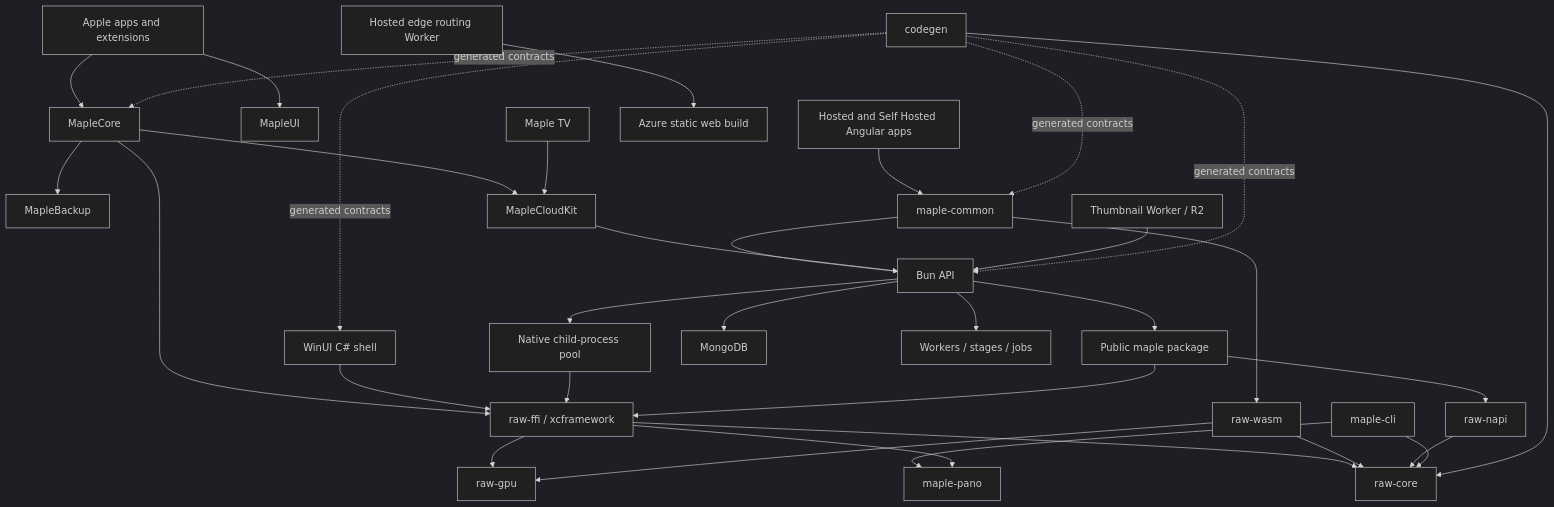
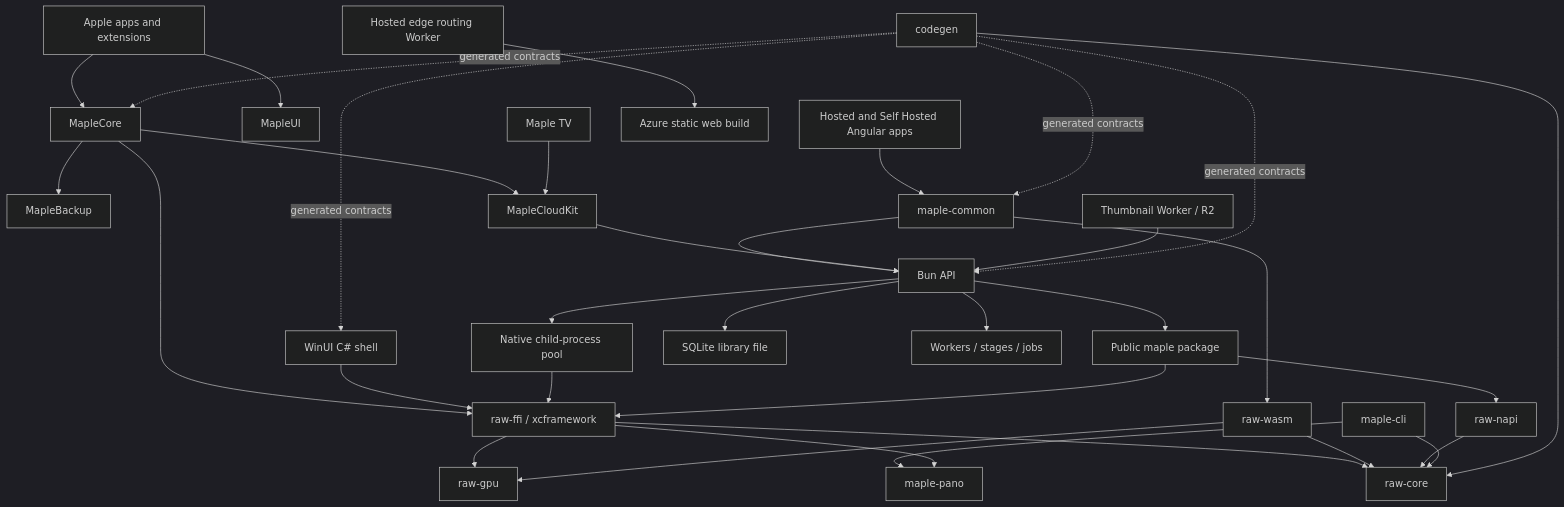
Before and after one commit to zubair-io/Maple: the diagram in docs/engineering-map.md, drawn with Mermaid (dark theme). The commit also changed other lines of this file and 31 other files, not shown here.

````diff
--- a/docs/engineering-map.md
+++ b/docs/engineering-map.md
@@ -43,36 +43,36 @@
 ```mermaid
 flowchart TD
   Apple[Apple apps and extensions] --> AC[MapleCore]
   Apple --> UI[MapleUI]
   AC --> BK[MapleBackup]
   AC --> CK[MapleCloudKit]
   TV[Maple TV] --> CK
   AC --> FFI[raw-ffi / xcframework]
   WIN[WinUI C# shell] --> FFI
   WEB[Hosted and Self Hosted Angular apps] --> COMMON[maple-common]
   COMMON --> WASM[raw-wasm]
   COMMON --> API[Bun API]
   CK --> API
   API --> POOL[Native child-process pool]
   POOL --> FFI
   API --> PKG[Public maple package]
   PKG --> FFI
   PKG --> NAPI[raw-napi]
   FFI --> CORE[raw-core]
   FFI --> GPU[raw-gpu]
   WASM --> CORE
   WASM --> GPU
   NAPI --> CORE
   CLI[maple-cli] --> CORE
   CLI --> PANO[maple-pano]
   FFI --> PANO
-  API --> DB[MongoDB]
+  API --> DB[SQLite library file]
   API --> JOBS[Workers / stages / jobs]
   EDGE[Thumbnail Worker / R2] --> API
   SSR[Hosted edge routing Worker] --> AZURE[Azure static web build]
   GEN[codegen] --> CORE
   GEN -. generated contracts .-> COMMON
   GEN -. generated contracts .-> AC
   GEN -. generated contracts .-> WIN
   GEN -. generated contracts .-> API
 ```
````
